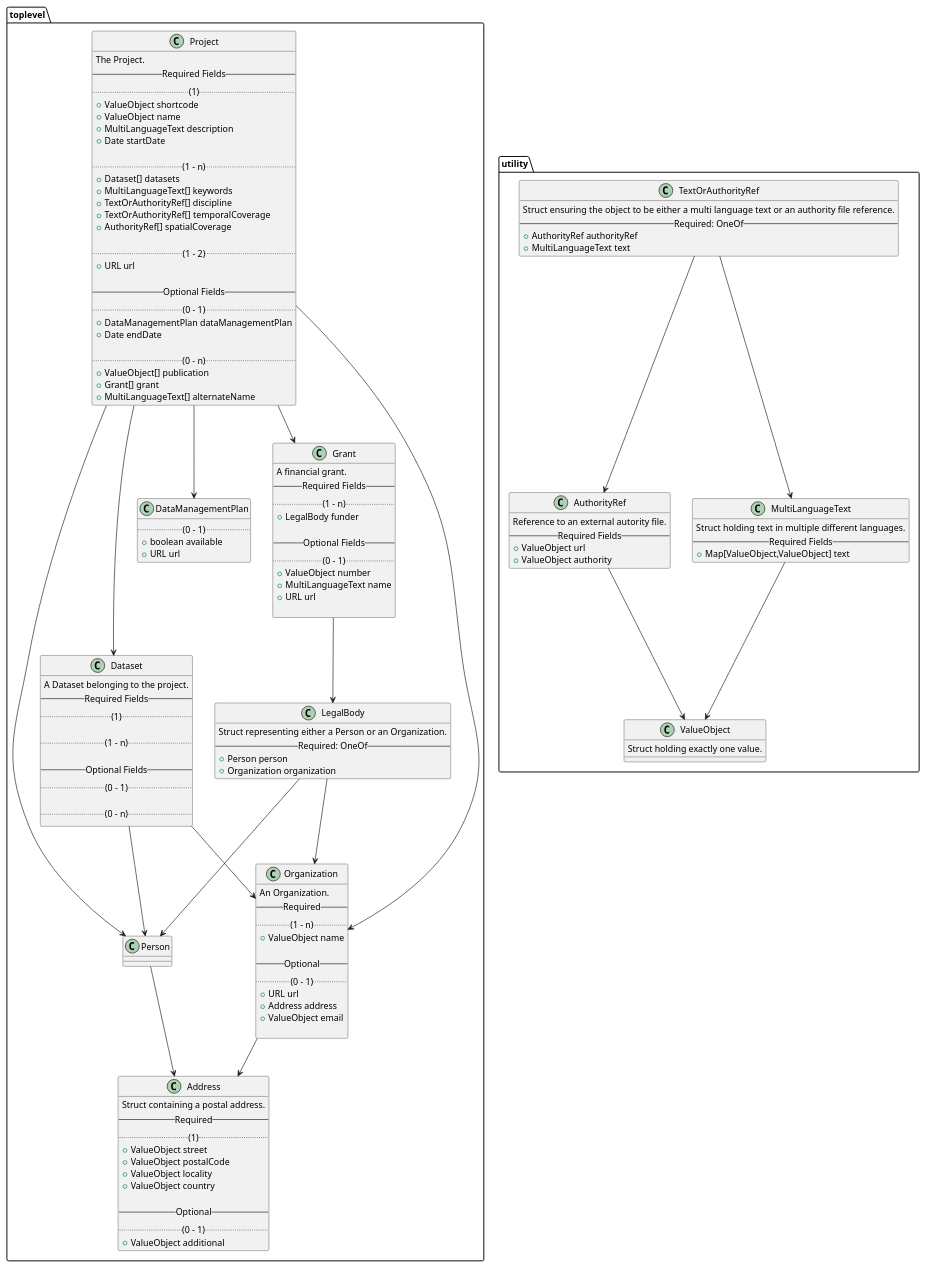
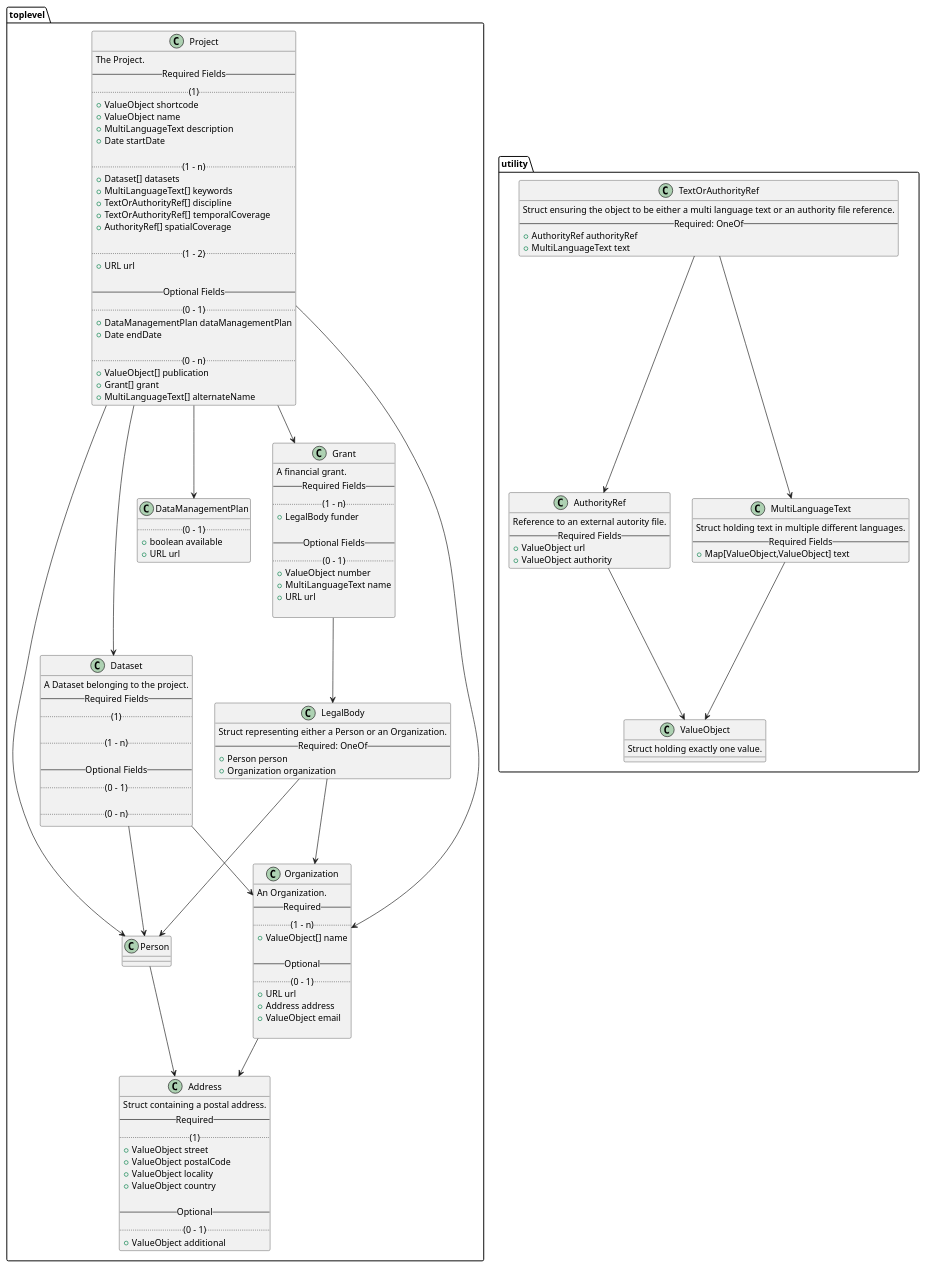
One commit to dasch-swiss/dasch-service-platform changed the diagram in docs/services/metadata/domain-entities.puml. Above: the diagram before and after it, drawn with PlantUML. The commit also changed 6 other files, not shown here.

```diff
--- a/docs/services/metadata/domain-entities.puml
+++ b/docs/services/metadata/domain-entities.puml
@@ -1,163 +1,163 @@
 @startuml Domain Entities
 package toplevel {
 
   class Project {
     The Project.
     -- Required Fields --
     .. (1) ..
     +ValueObject shortcode
     +ValueObject name
     +MultiLanguageText description
     +Date startDate
 
     .. (1 - n) ..
     +Dataset[] datasets
     +MultiLanguageText[] keywords
     +TextOrAuthorityRef[] discipline
     +TextOrAuthorityRef[] temporalCoverage
     +AuthorityRef[] spatialCoverage
 
     .. (1 - 2) ..
     +URL url
     ' TODO: do we want URL?
 
     -- Optional Fields --
     .. (0 - 1) ..
     +DataManagementPlan dataManagementPlan
     +Date endDate
 
     .. (0 - n) ..
     +ValueObject[] publication
     +Grant[] grant
     +MultiLanguageText[] alternateName
   }
 
   class Dataset {
     A Dataset belonging to the project.
     ' TODO
     -- Required Fields --
     .. (1) ..
 
     .. (1 - n) ..
 
     -- Optional Fields --
     .. (0 - 1) ..
 
     .. (0 - n) ..
   }
 
   class DataManagementPlan {
     .. (0 - 1) ..
     +boolean available
     +URL url
     ' TODO: do we want URL?
   }
 
   class Grant {
     A financial grant.
     -- Required Fields --
     .. (1 - n) ..
     +LegalBody funder
 
     -- Optional Fields --
     .. (0 - 1) ..
     +ValueObject number
     +MultiLanguageText name
     +URL url
     ' TODO: do we want URL?
 
   }
 
   class LegalBody {
     Struct representing either a Person or an Organization.
     -- Required: OneOf --
     +Person person
     +Organization organization
   }
 
   class Person {
     ' TODO
   }
 
   class Organization {
     An Organization.
     -- Required --
     .. (1 - n) ..
-    + ValueObject name
+    + ValueObject[] name
     ' TODO: Or would that be Multilanguage?
 
     -- Optional --
     .. (0 - 1) ..
     +URL url
     ' TODO: do we want URL?
     +Address address
     +ValueObject email
 
   }
 
   class Address {
     Struct containing a postal address.
     -- Required --
     .. (1) ..
     +ValueObject street
     +ValueObject postalCode
     +ValueObject locality
     +ValueObject country
 
     -- Optional --
     .. (0 - 1) ..
     +ValueObject additional
     ' TODO: does that make sense like this?
   }
   
 
 }
 
 package utility {
 
   class TextOrAuthorityRef {
     ' TODO: find better name
     Struct ensuring the object to be either a multi language text or an authority file reference.
     -- Required: OneOf --
     +AuthorityRef authorityRef
     +MultiLanguageText text
   }
 
   class AuthorityRef {
     Reference to an external autority file.
     -- Required Fields --
     +ValueObject url
     +ValueObject authority
   }
 
   class MultiLanguageText {
     Struct holding text in multiple different languages.
     -- Required Fields --
     +Map[ValueObject,ValueObject] text
   }
 
   class ValueObject {
     Struct holding exactly one value.
   }
 
 }
 
 
 Project --> Dataset
 Project --> DataManagementPlan
 Project --> Grant
 Project --> Person
 Project --> Organization
 Dataset --> Person
 Dataset --> Organization
 Grant --> LegalBody
 LegalBody --> Person
 LegalBody --> Organization
 Person --> Address
 Organization --> Address
 TextOrAuthorityRef --> MultiLanguageText
 TextOrAuthorityRef --> AuthorityRef
 AuthorityRef --> ValueObject
 MultiLanguageText --> ValueObject
 
 @enduml
```
